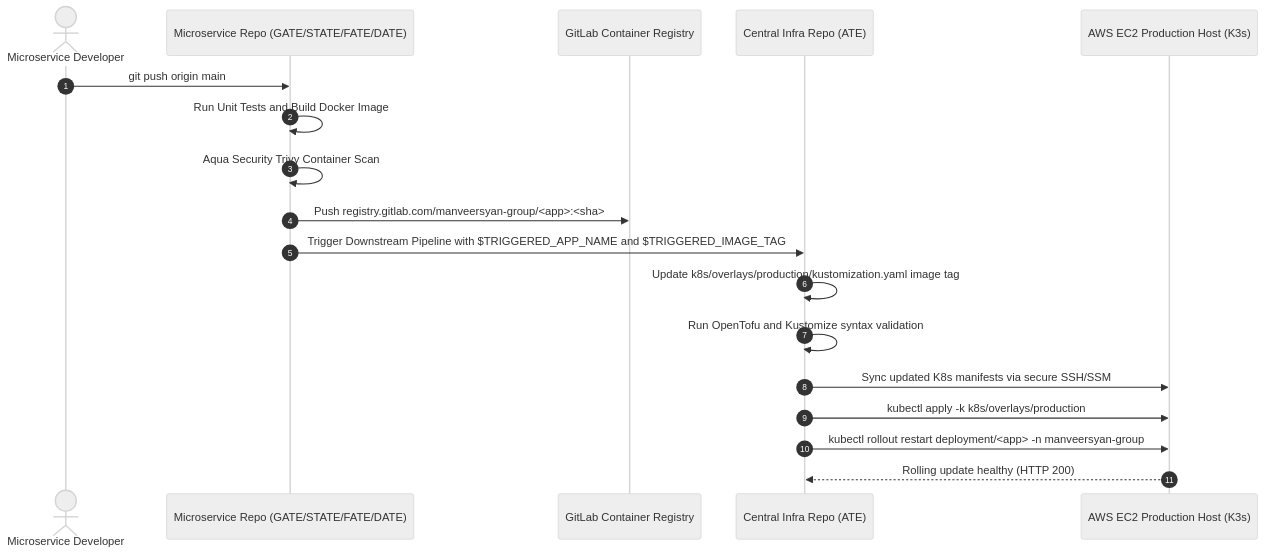
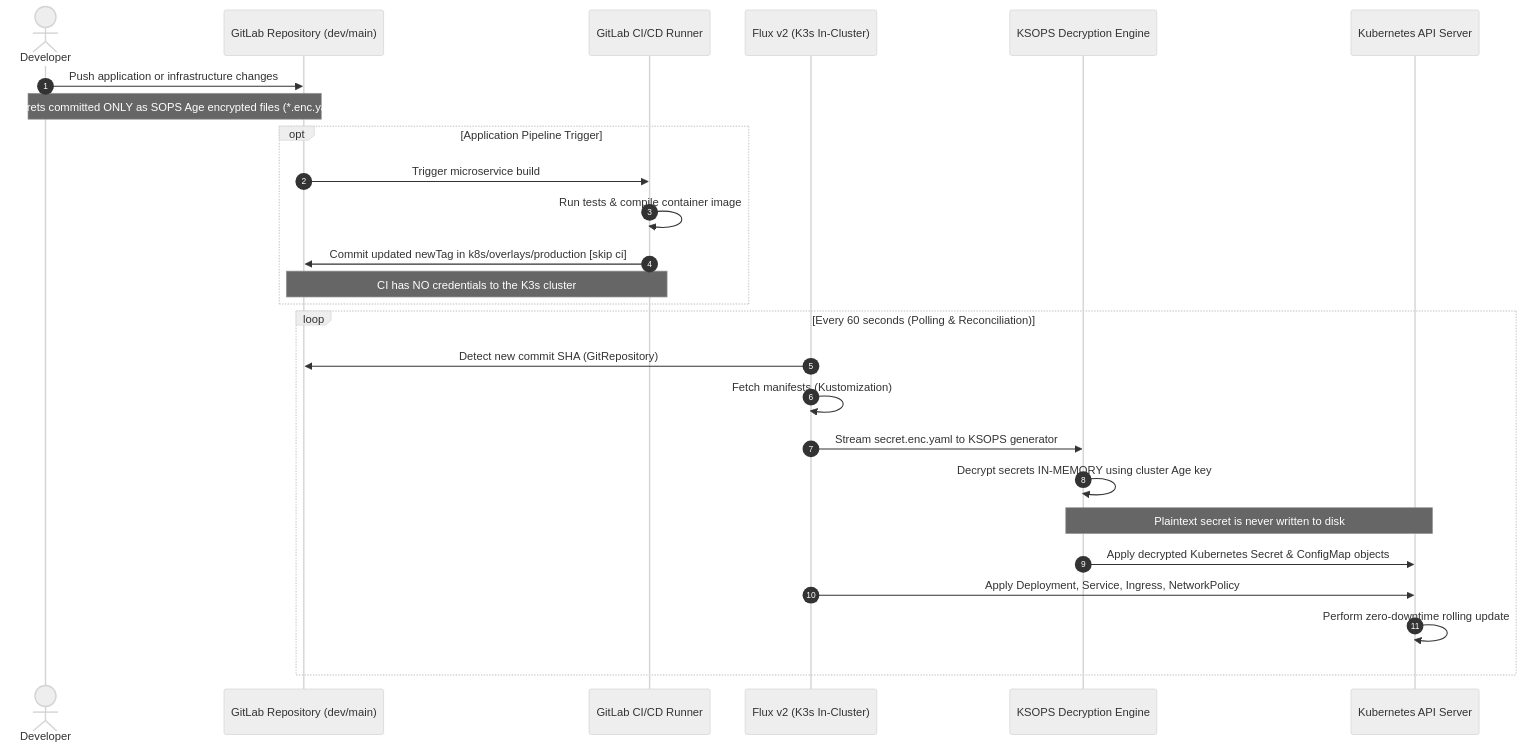
One commit to manveer-syan/k3s-opentofu-production-boilerplate changed the second of 2 diagrams in README.md. Above: the diagram before and after it, drawn with Mermaid (neutral theme). The commit also changed other lines of this file and 7 other files, not shown here.

Commit message:
feat(platform): apply FinOps NAT elimination, single-node PDB fix, CoreDNS egress patch, VictoriaMetrics migration, and declarative GitOps manifests

````diff
--- a/README.md
+++ b/README.md
@@ -259,21 +77,31 @@
 ```mermaid
 sequenceDiagram
     autonumber
-    actor Dev as Microservice Developer
-    participant AppRepo as Microservice Repo (GATE/STATE/FATE/DATE)
-    participant Reg as GitLab Container Registry
-    participant AteRepo as Central Infra Repo (ATE)
-    participant EC2 as AWS EC2 Production Host (K3s)
+    actor Dev as Developer
+    participant Git as GitLab Repository (dev/main)
+    participant CI as GitLab CI/CD Runner
+    participant Flux as Flux v2 (K3s In-Cluster)
+    participant KSOPS as KSOPS Decryption Engine
+    participant K8s as Kubernetes API Server
 
-    Dev->>AppRepo: git push origin main
-    AppRepo->>AppRepo: Run Unit Tests and Build Docker Image
-    AppRepo->>AppRepo: Aqua Security Trivy Container Scan
-    AppRepo->>Reg: Push registry.gitlab.com/manveersyan-group/<app>:<sha>
-    AppRepo->>AteRepo: Trigger Downstream Pipeline with $TRIGGERED_APP_NAME and $TRIGGERED_IMAGE_TAG
-    AteRepo->>AteRepo: Update k8s/overlays/production/kustomization.yaml image tag
-    AteRepo->>AteRepo: Run OpenTofu and Kustomize syntax validation
-    AteRepo->>EC2: Sync updated K8s manifests via secure SSH/SSM
-    AteRepo->>EC2: kubectl apply -k k8s/overlays/production
-    AteRepo->>EC2: kubectl rollout restart deployment/<app> -n manveersyan-group
-    EC2-->>AteRepo: Rolling update healthy (HTTP 200)
+    Dev->>Git: Push application or infrastructure changes
+    Note over Dev,Git: Secrets committed ONLY as SOPS Age encrypted files (*.enc.yaml)
+
+    opt Application Pipeline Trigger
+        Git->>CI: Trigger microservice build
+        CI->>CI: Run tests & compile container image
+        CI->>Git: Commit updated newTag in k8s/overlays/production [skip ci]
+        Note over CI,Git: CI has NO credentials to the K3s cluster
+    end
+
+    loop Every 60 seconds (Polling & Reconciliation)
+        Flux->>Git: Detect new commit SHA (GitRepository)
+        Flux->>Flux: Fetch manifests (Kustomization)
+        Flux->>KSOPS: Stream secret.enc.yaml to KSOPS generator
+        KSOPS->>KSOPS: Decrypt secrets IN-MEMORY using cluster Age key
+        Note over KSOPS,K8s: Plaintext secret is never written to disk
+        KSOPS->>K8s: Apply decrypted Kubernetes Secret & ConfigMap objects
+        Flux->>K8s: Apply Deployment, Service, Ingress, NetworkPolicy
+        K8s->>K8s: Perform zero-downtime rolling update
+    end
 ```
````
